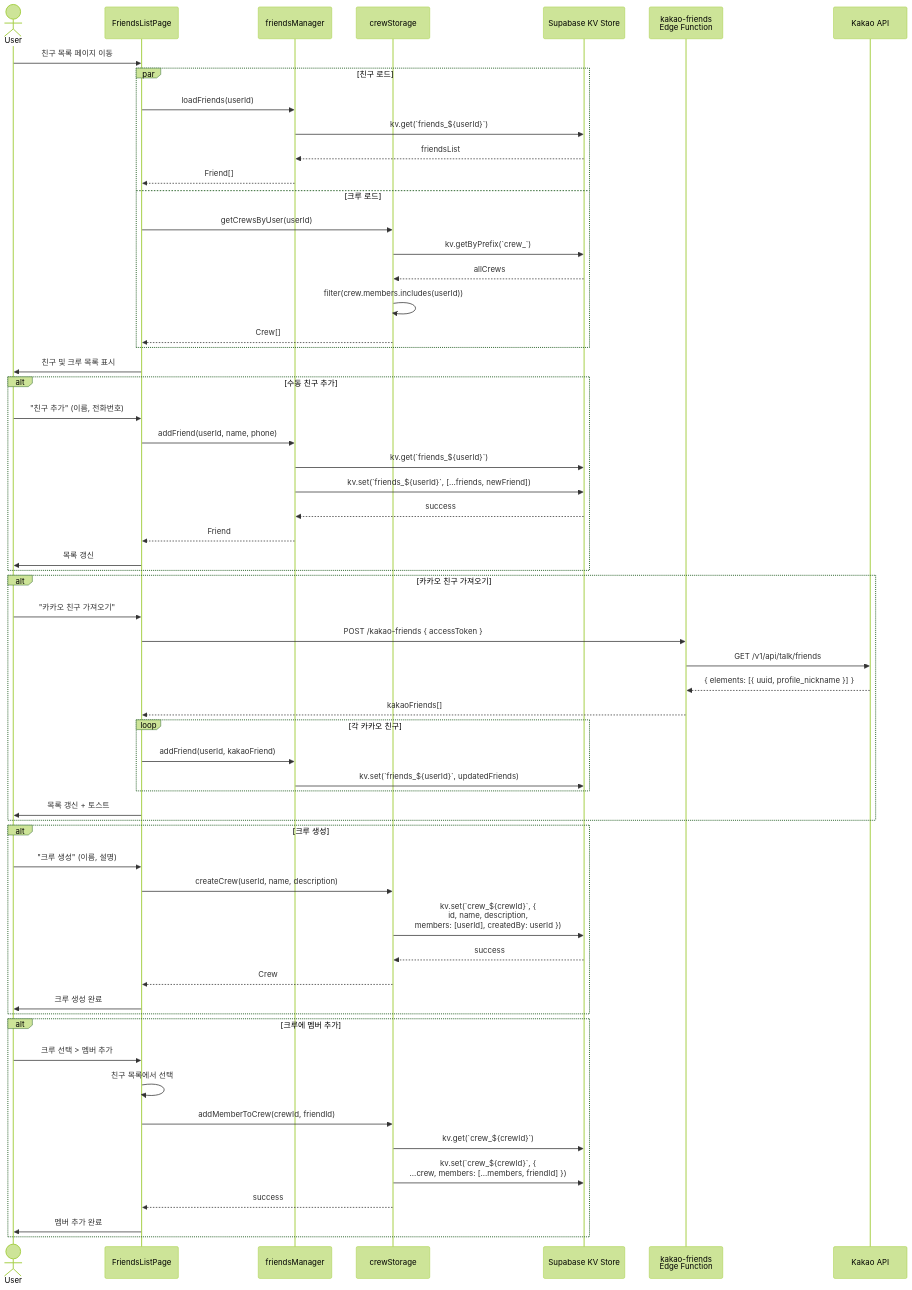
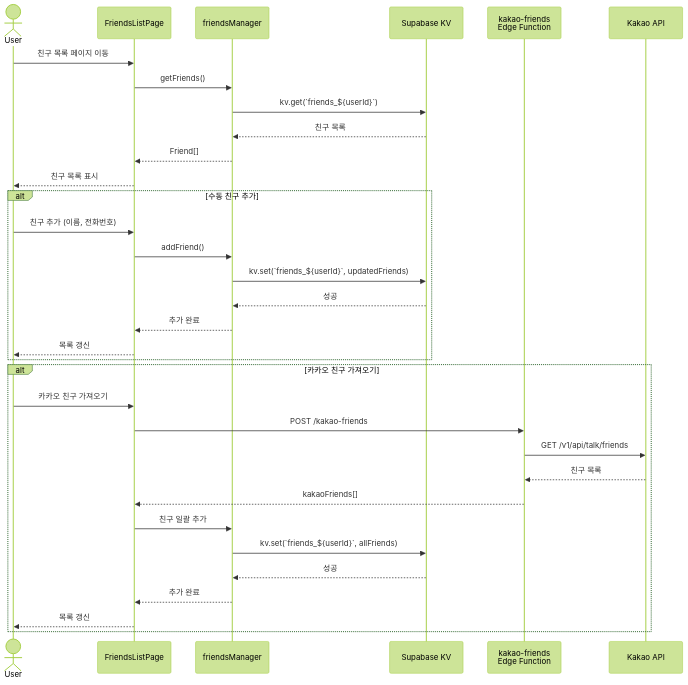
Before and after one commit to mongkwon/graduateproj1: the fourth of 4 diagrams in README.md, drawn with Mermaid (forest theme). The commit also changed other lines of this file, not shown here.

````diff
--- a/README.md
+++ b/README.md
@@ -406,71 +116,38 @@
 ```mermaid
 sequenceDiagram
     actor User
     participant Friends as FriendsListPage
-    participant FriendsMgr as friendsManager
-    participant CrewMgr as crewStorage
-    participant SupabaseKV as Supabase KV Store
+    participant Mgr as friendsManager
+    participant KV as Supabase KV
     participant EdgeFn as kakao-friends<br/>Edge Function
-    participant KakaoAPI as Kakao API
+    participant Kakao as Kakao API
 
     User->>Friends: 친구 목록 페이지 이동
-    
-    par 친구 로드
-        Friends->>FriendsMgr: loadFriends(userId)
-        FriendsMgr->>SupabaseKV: kv.get(`friends_${userId}`)
-        SupabaseKV-->>FriendsMgr: friendsList
-        FriendsMgr-->>Friends: Friend[]
-    and 크루 로드
-        Friends->>CrewMgr: getCrewsByUser(userId)
-        CrewMgr->>SupabaseKV: kv.getByPrefix(`crew_`)
-        SupabaseKV-->>CrewMgr: allCrews
-        CrewMgr->>CrewMgr: filter(crew.members.includes(userId))
-        CrewMgr-->>Friends: Crew[]
-    end
-    
-    Friends->>User: 친구 및 크루 목록 표시
+    Friends->>Mgr: getFriends()
+    Mgr->>KV: kv.get(`friends_${userId}`)
+    KV-->>Mgr: 친구 목록
+    Mgr-->>Friends: Friend[]
+    Friends-->>User: 친구 목록 표시
     
     alt 수동 친구 추가
-        User->>Friends: "친구 추가" (이름, 전화번호)
-        Friends->>FriendsMgr: addFriend(userId, name, phone)
-        FriendsMgr->>SupabaseKV: kv.get(`friends_${userId}`)
-        FriendsMgr->>SupabaseKV: kv.set(`friends_${userId}`, [...friends, newFriend])
-        SupabaseKV-->>FriendsMgr: success
-        FriendsMgr-->>Friends: Friend
-        Friends->>User: 목록 갱신
+        User->>Friends: 친구 추가 (이름, 전화번호)
+        Friends->>Mgr: addFriend()
+        Mgr->>KV: kv.set(`friends_${userId}`, updatedFriends)
+        KV-->>Mgr: 성공
+        Mgr-->>Friends: 추가 완료
+        Friends-->>User: 목록 갱신
     end
     
     alt 카카오 친구 가져오기
-        User->>Friends: "카카오 친구 가져오기"
-        Friends->>EdgeFn: POST /kakao-friends { accessToken }
-        EdgeFn->>KakaoAPI: GET /v1/api/talk/friends
-        KakaoAPI-->>EdgeFn: { elements: [{ uuid, profile_nickname }] }
+        User->>Friends: 카카오 친구 가져오기
+        Friends->>EdgeFn: POST /kakao-friends
+        EdgeFn->>Kakao: GET /v1/api/talk/friends
+        Kakao-->>EdgeFn: 친구 목록
         EdgeFn-->>Friends: kakaoFriends[]
-        
-        loop 각 카카오 친구
-            Friends->>FriendsMgr: addFriend(userId, kakaoFriend)
-            FriendsMgr->>SupabaseKV: kv.set(`friends_${userId}`, updatedFriends)
-        end
-        
-        Friends->>User: 목록 갱신 + 토스트
-    end
-    
-    alt 크루 생성
-        User->>Friends: "크루 생성" (이름, 설명)
-        Friends->>CrewMgr: createCrew(userId, name, description)
-        CrewMgr->>SupabaseKV: kv.set(`crew_${crewId}`, {<br/>id, name, description,<br/>members: [userId], createdBy: userId })
-        SupabaseKV-->>CrewMgr: success
-        CrewMgr-->>Friends: Crew
-        Friends->>User: 크루 생성 완료
-    end
-    
-    alt 크루에 멤버 추가
-        User->>Friends: 크루 선택 > 멤버 추가
-        Friends->>Friends: 친구 목록에서 선택
-        Friends->>CrewMgr: addMemberToCrew(crewId, friendId)
-        CrewMgr->>SupabaseKV: kv.get(`crew_${crewId}`)
-        CrewMgr->>SupabaseKV: kv.set(`crew_${crewId}`, {<br/>...crew, members: [...members, friendId] })
-        CrewMgr-->>Friends: success
-        Friends->>User: 멤버 추가 완료
+        Friends->>Mgr: 친구 일괄 추가
+        Mgr->>KV: kv.set(`friends_${userId}`, allFriends)
+        KV-->>Mgr: 성공
+        Mgr-->>Friends: 추가 완료
+        Friends-->>User: 목록 갱신
     end
 ```
````
